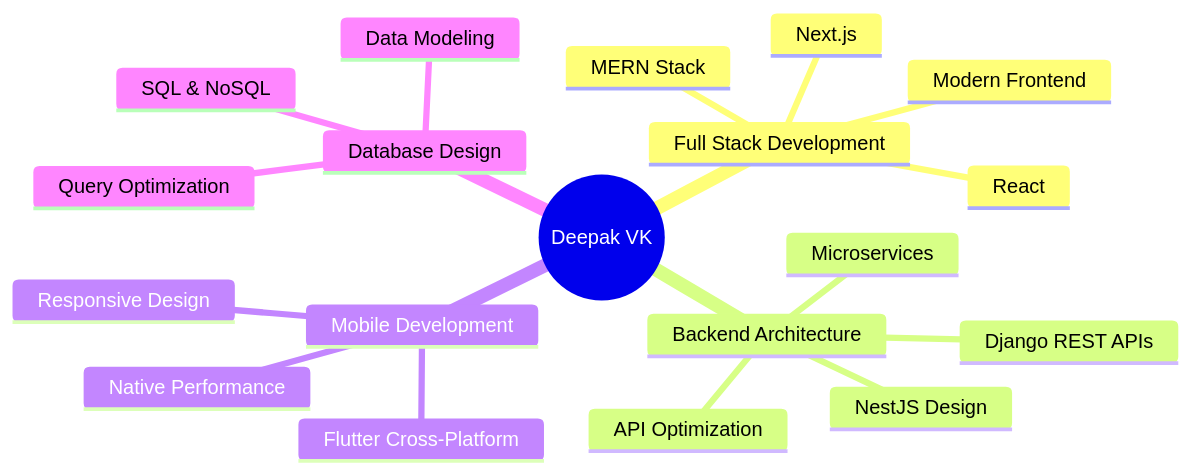
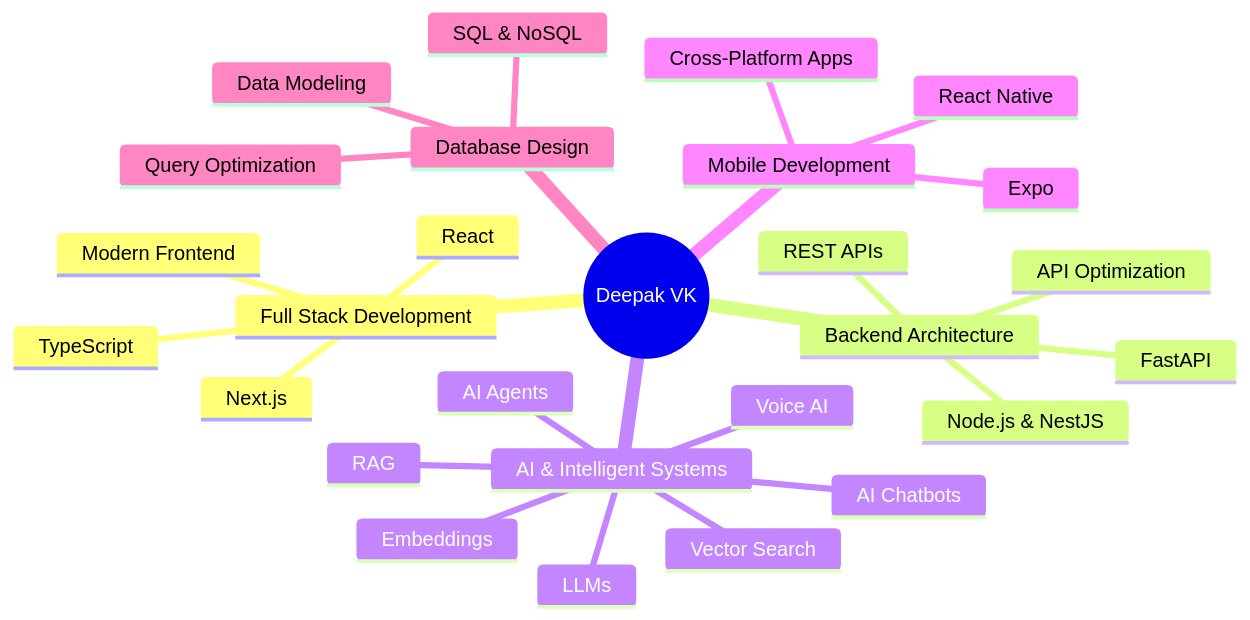
The diagram in README.md (deepak-devhub/deepak-devhub), drawn with Mermaid before and after one commit. The commit also changed other lines of this file, not shown here.

````diff
--- a/README.md
+++ b/README.md
@@ -226,22 +253,34 @@
 ```mermaid
 mindmap
   root((Deepak VK))
     Full Stack Development
-      React 
-      MERN Stack
-      Next.js
-      Modern Frontend
+     React
+     Next.js
+     TypeScript
+     Modern Frontend
+
     Backend Architecture
-      NestJS Design
-      Django REST APIs
-      Microservices
-      API Optimization
+     Node.js & NestJS
+     FastAPI
+     REST APIs
+     API Optimization
+
+    AI & Intelligent Systems
+      LLMs
+      RAG
+      AI Chatbots
+      AI Agents
+      Voice AI
+      Embeddings
+      Vector Search
+    
     Mobile Development
-      Flutter Cross-Platform
-      Responsive Design
-      Native Performance
+     React Native
+     Expo
+     Cross-Platform Apps
+
     Database Design
       SQL & NoSQL
       Query Optimization
       Data Modeling
 ```
````
